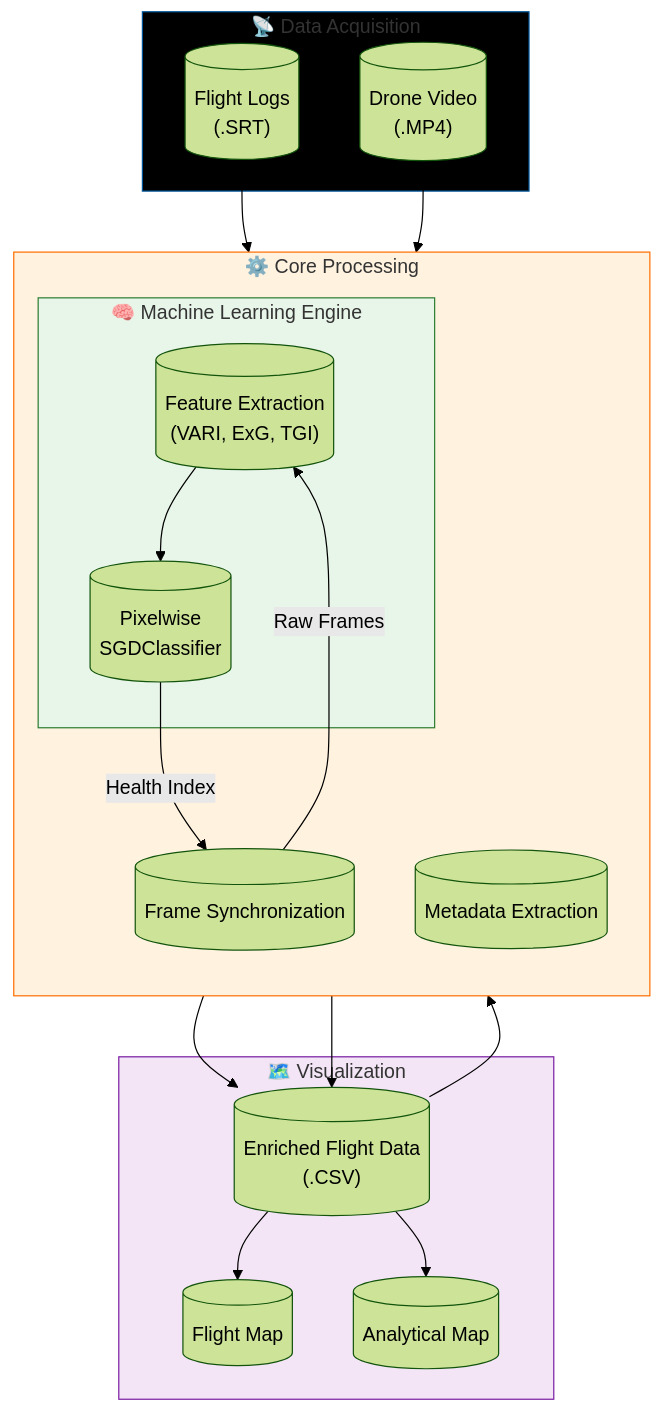
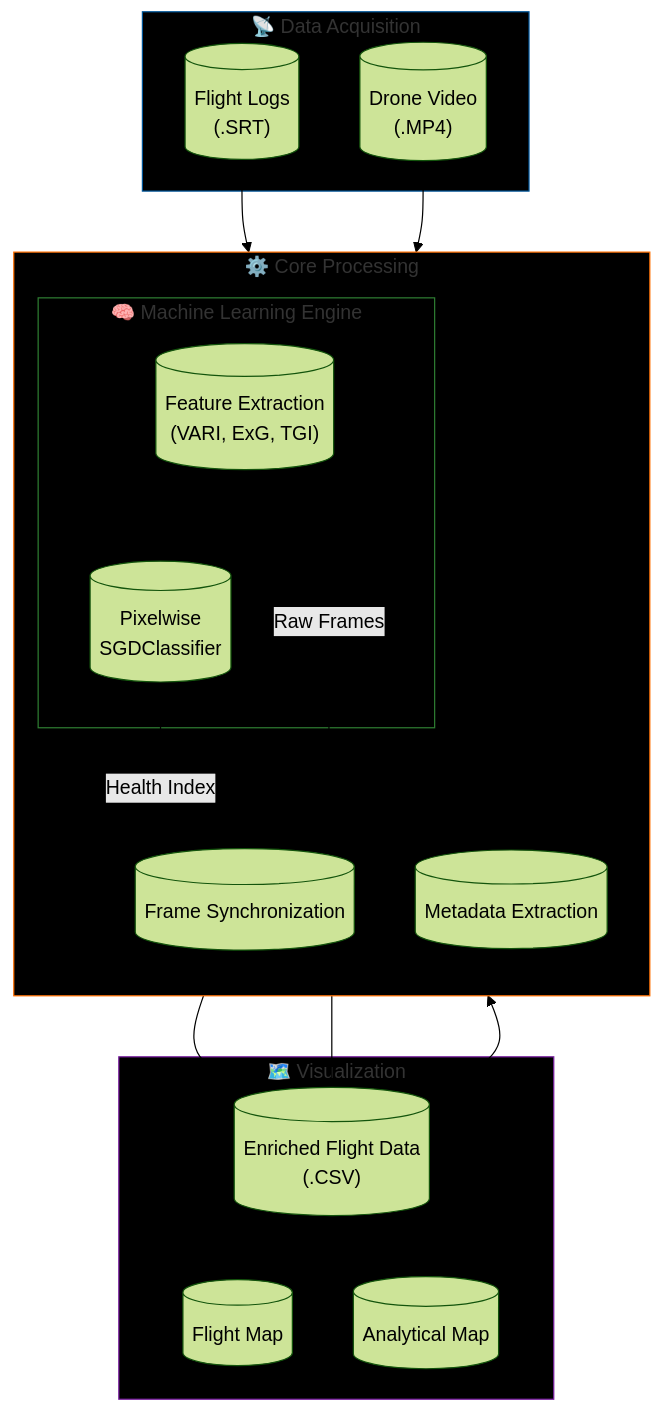
One commit to MHC-CodeSmith/DJI_HOF changed the diagram in README.md. Above: the diagram before and after it, drawn with Mermaid (forest theme).

````diff
--- a/README.md
+++ b/README.md
@@ -13,38 +13,38 @@
 ```mermaid
 graph TD
     subgraph Input ["📡 Data Acquisition"]
         Video[("Drone Video<br>(.MP4)")]
         SRT[("Flight Logs<br>(.SRT)")]
     end
 
     subgraph Processing ["⚙️ Core Processing"]
         direction TB
         Ext[("Metadata Extraction")]
         Sync[("Frame Synchronization")]
         
         subgraph ML ["🧠 Machine Learning Engine"]
             Feat[("Feature Extraction<br>(VARI, ExG, TGI)")]
             Model[("Pixelwise<br>SGDClassifier")]
         end
     end
 
     subgraph Output ["🗺️ Visualization"]
         CSV[("Enriched Flight Data<br>(.CSV)")]
         Map1[("Flight Map")]
         Map2[("Analytical Map")]
     end
 
     SRT --> Ext --> CSV
     Video --> Sync
     CSV --> Sync
     Sync -- "Raw Frames" --> Feat
     Feat --> Model
     Model -- "Health Index" --> Sync
     Sync --> CSV
     CSV --> Map1 & Map2
     
     style Input fill:#000000,stroke:#01579b
-    style Processing fill:#fff3e0,stroke:#ff6f00
-    style ML fill:#e8f5e9,stroke:#2e7d32
-    style Output fill:#f3e5f5,stroke:#7b1fa2
+    style Processing fill:#000000,stroke:#ff6f00
+    style ML fill:#000000,stroke:#2e7d32
+    style Output fill:#000000,stroke:#7b1fa2
 ```
````
